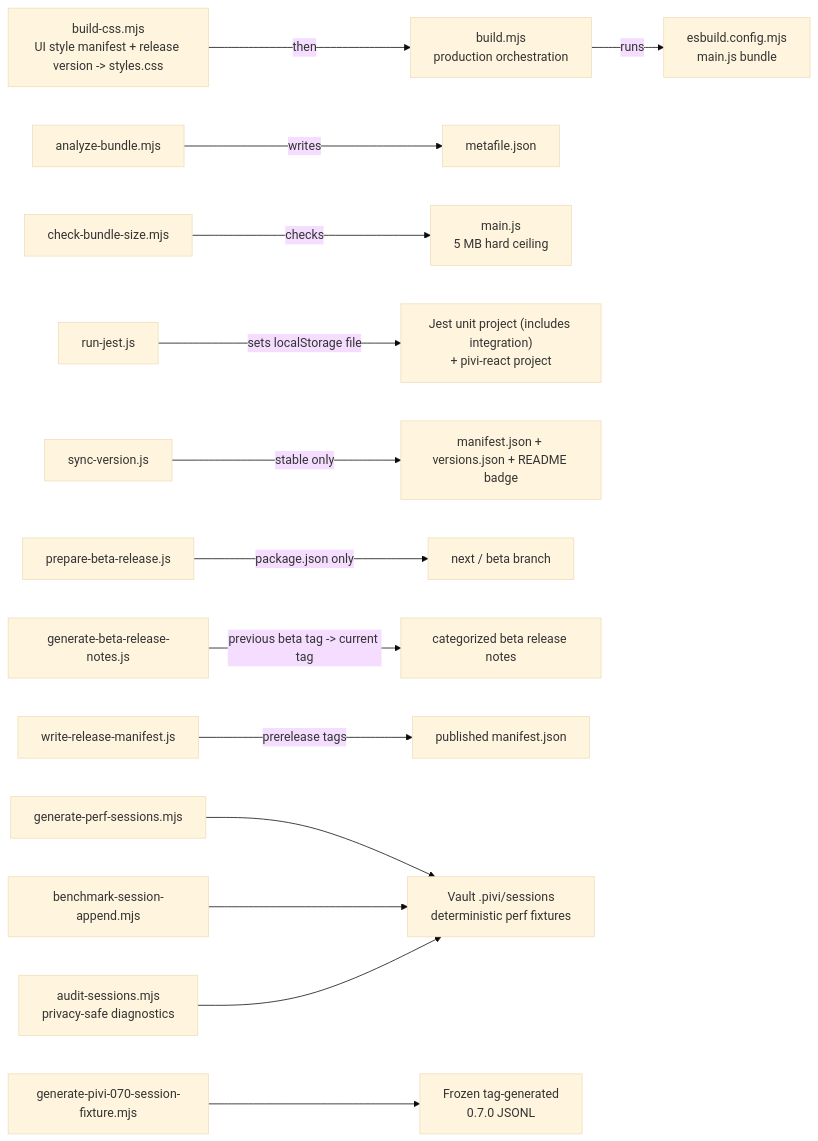
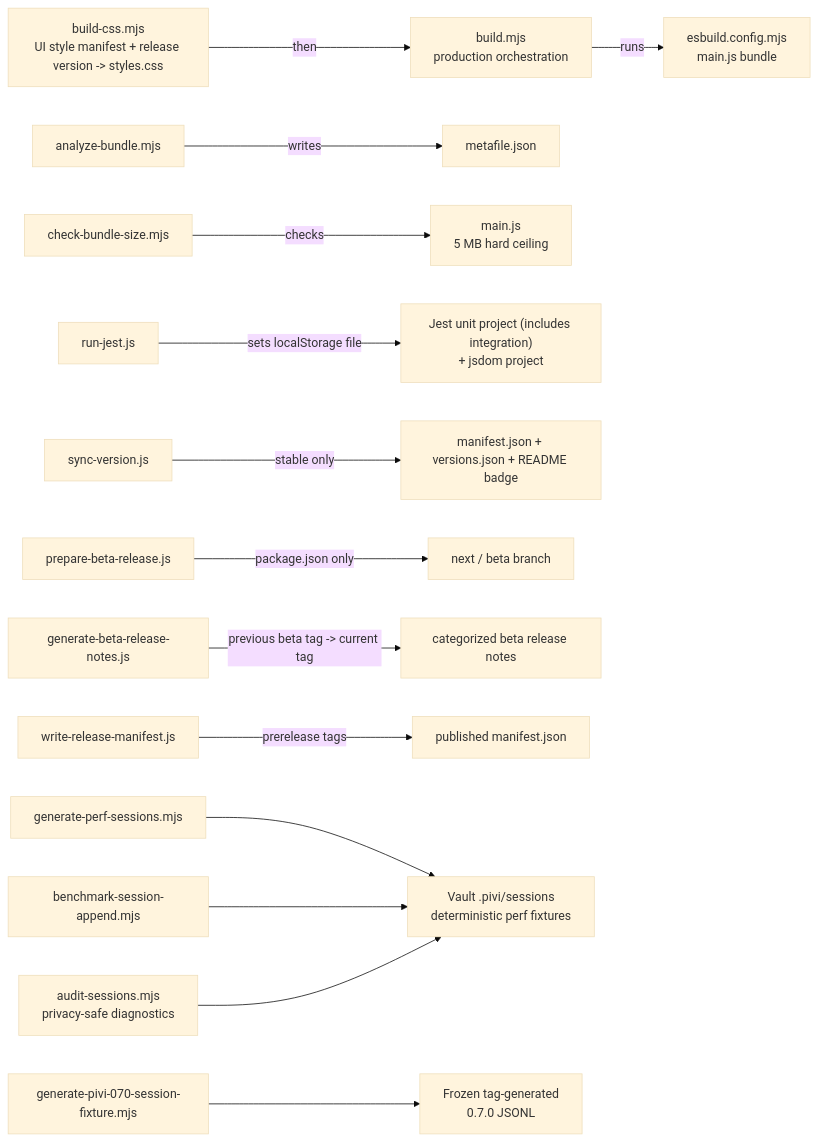
One commit to shuuul/obsidian-pivi changed the diagram in scripts/AGENTS.md. Above: the diagram before and after it, drawn with Mermaid (base theme). The commit also changed other lines of this file and 679 other files, not shown here.

````diff
--- a/scripts/AGENTS.md
+++ b/scripts/AGENTS.md
@@ -9,16 +9,16 @@
 ```mermaid
 flowchart LR
   CSS["build-css.mjs<br/>UI style manifest + release version -> styles.css"] -- "then" --> Build["build.mjs<br/>production orchestration"]
   Build -- "runs" --> Esbuild["esbuild.config.mjs<br/>main.js bundle"]
   Analyze["analyze-bundle.mjs"] -- "writes" --> Meta["metafile.json"]
   BundleSize["check-bundle-size.mjs"] -- "checks" --> Bundle["main.js<br/>5 MB hard ceiling"]
-  Jest["run-jest.js"] -- "sets localStorage file" --> Tests["Jest unit project (includes integration)<br/>+ pivi-react project"]
+  Jest["run-jest.js"] -- "sets localStorage file" --> Tests["Jest unit project (includes integration)<br/>+ jsdom project"]
   Version["sync-version.js"] -- "stable only" --> Manifest["manifest.json + versions.json + README badge"]
   BetaVersion["prepare-beta-release.js"] -- "package.json only" --> NextBranch["next / beta branch"]
   BetaNotes["generate-beta-release-notes.js"] -- "previous beta tag -> current tag" --> GitHubPrerelease["categorized beta release notes"]
   ReleaseManifest["write-release-manifest.js"] -- "prerelease tags" --> ReleaseAsset["published manifest.json"]
   Fixtures["generate-perf-sessions.mjs"] --> Sessions["Vault .pivi/sessions<br/>deterministic perf fixtures"]
   Provenance["generate-pivi-070-session-fixture.mjs"] --> Frozen["Frozen tag-generated<br/>0.7.0 JSONL"]
   AppendBench["benchmark-session-append.mjs"] --> Sessions
   Audit["audit-sessions.mjs<br/>privacy-safe diagnostics"] --> Sessions
 ```
````
